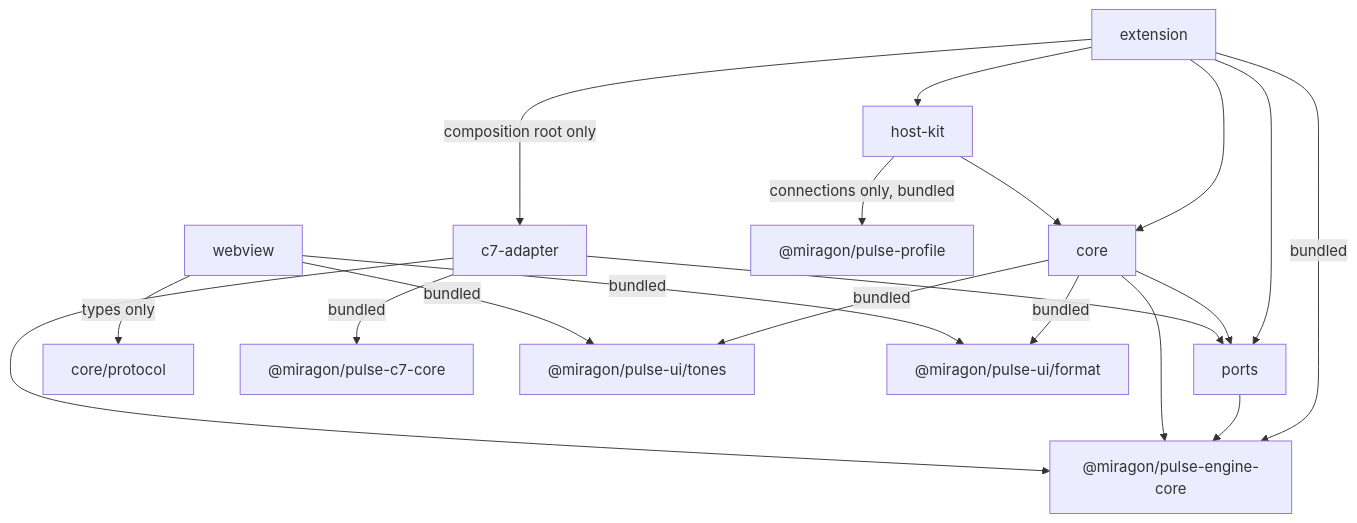
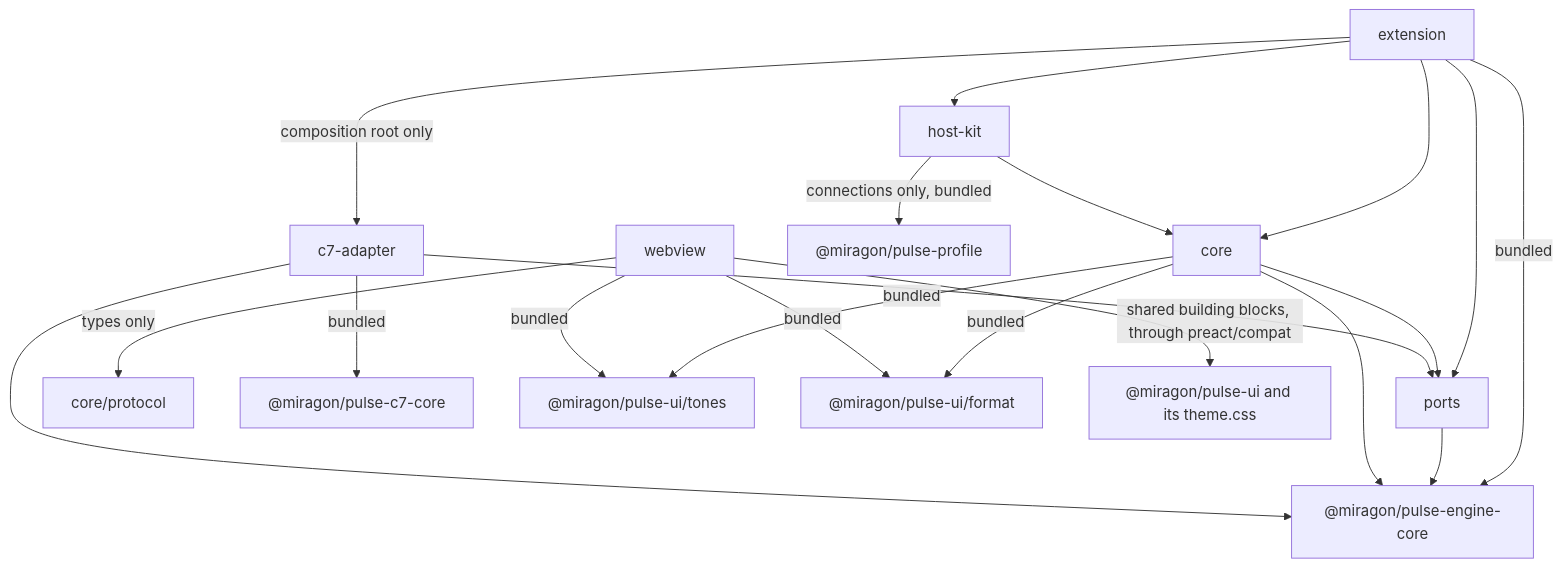
One commit to Miragon/pulse changed the third of 7 diagrams in apps/vscode/docs/architecture-overview.md. Above: the diagram before and after it, drawn with Mermaid. The commit also changed other lines of this file and 17 other files, not shown here.

````diff
--- a/apps/vscode/docs/architecture-overview.md
+++ b/apps/vscode/docs/architecture-overview.md
@@ -130,21 +130,22 @@
 ```mermaid
 flowchart TB
   extension --> core
   extension --> hostKit[host-kit]
   extension --> ports[ports]
   extension -- bundled --> engineCore["@miragon/pulse-engine-core"]
   extension -- composition root only --> adapterC7[c7-adapter]
   hostKit -- connections only, bundled --> profile["@miragon/pulse-profile"]
   hostKit --> core
   ports --> engineCore
   core --> ports
   core --> engineCore
   webview -- types only --> protocol[core/protocol]
   adapterC7 --> ports
   adapterC7 --> engineCore
   adapterC7 -- bundled --> c7Core["@miragon/pulse-c7-core"]
   core -- bundled --> tones["@miragon/pulse-ui/tones"]
   webview -- bundled --> tones
   core -- bundled --> format["@miragon/pulse-ui/format"]
   webview -- bundled --> format
+  webview -- shared building blocks, through preact/compat --> kit["@miragon/pulse-ui and its theme.css"]
 ```
````
